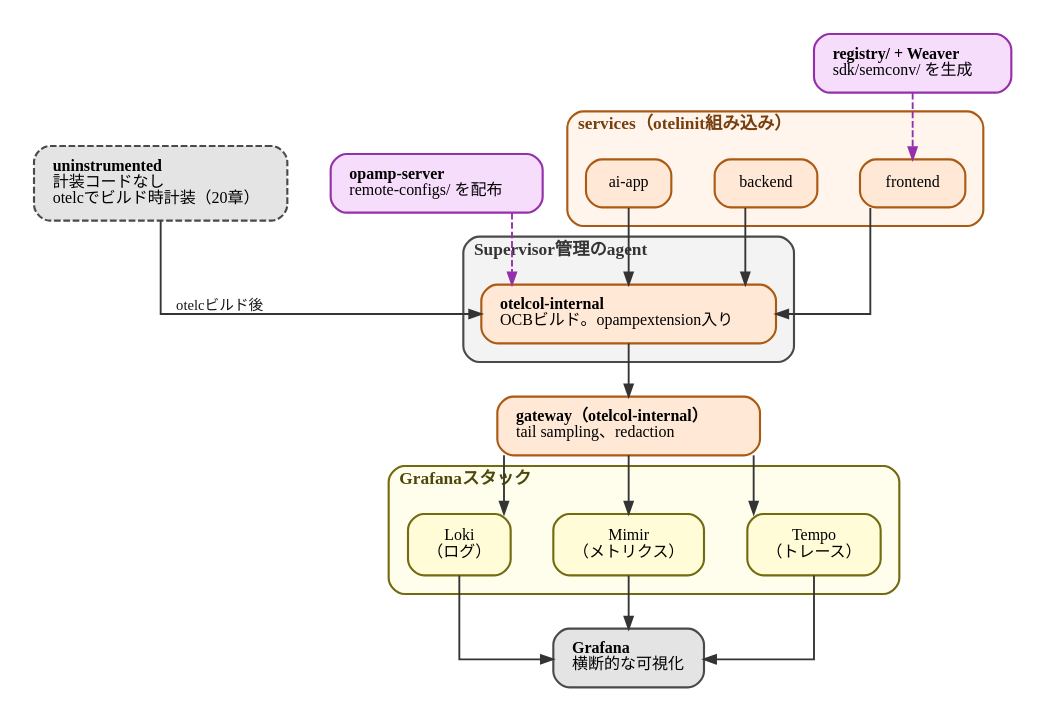
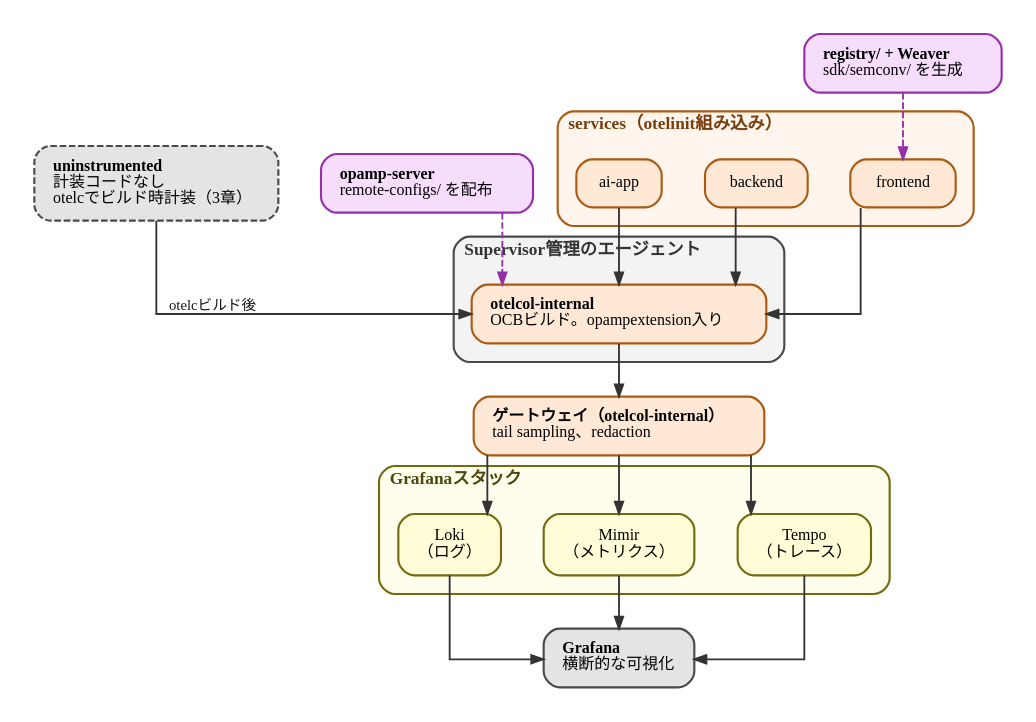
Before and after one commit to ymotongpoo/zenn.dev: the diagram in diagrams/observability-platform-with-otel/20260926-blueprint-overview.dot, drawn with Graphviz. The commit also changed 27 other files, not shown here.

```diff
--- a/diagrams/observability-platform-with-otel/20260926-blueprint-overview.dot
+++ b/diagrams/observability-platform-with-otel/20260926-blueprint-overview.dot
@@ -1,70 +1,70 @@
 // リファレンス実装 otel-platform-blueprint の全体構成
 digraph blueprint_overview {
   graph [
     fontname="IBM Plex Sans JP", fontsize=13,
     rankdir=TB, compound=true, splines=ortho,
     nodesep=0.45, ranksep=0.55, pad=0.25,
     bgcolor="white", newrank=true
   ];
   node [
     fontname="IBM Plex Sans JP", fontsize=12,
     shape=box, style="rounded,filled",
     fillcolor="#E4E4E4", color="#4A4A4A", penwidth=1.6,
     margin="0.2,0.14"
   ];
   edge [
     fontname="IBM Plex Sans JP", fontsize=11,
     color="#343434", penwidth=1.4, arrowsize=0.9,
     fontcolor="#171717"
   ];
 
   subgraph cluster_services {
     label=<<b>services（otelinit組み込み）</b>>;
     labeljust="l"; style="rounded"; penwidth=1.6;
     color="#AB5A13"; bgcolor="#FFF5ED"; fontcolor="#783F0E"; margin=14;
     frontend [label="frontend", fillcolor="#FFE9D6", color="#AB5A13"];
     backendsvc [label="backend", fillcolor="#FFE9D6", color="#AB5A13"];
     aiapp [label="ai-app", fillcolor="#FFE9D6", color="#AB5A13"];
   }
 
-  uninstr [label=<<b>uninstrumented</b><br align="left"/>計装コードなし<br align="left"/>otelcでビルド時計装（20章）<br align="left"/>>, style="rounded,filled,dashed", fillcolor="#E4E4E4", color="#4A4A4A"];
+  uninstr [label=<<b>uninstrumented</b><br align="left"/>計装コードなし<br align="left"/>otelcでビルド時計装（3章）<br align="left"/>>, style="rounded,filled,dashed", fillcolor="#E4E4E4", color="#4A4A4A"];
 
   subgraph cluster_agent {
-    label=<<b>Supervisor管理のagent</b>>;
+    label=<<b>Supervisor管理のエージェント</b>>;
     labeljust="l"; style="rounded"; penwidth=1.6;
     color="#4A4A4A"; bgcolor="#F3F3F3"; fontcolor="#343434"; margin=14;
     agent [label=<<b>otelcol-internal</b><br align="left"/>OCBビルド。opampextension入り<br align="left"/>>, fillcolor="#FFE9D6", color="#AB5A13"];
   }
 
   opamp [label=<<b>opamp-server</b><br align="left"/>remote-configs/ を配布<br align="left"/>>, fillcolor="#F7DDFC", color="#9430A9"];
-  gateway [label=<<b>gateway（otelcol-internal）</b><br align="left"/>tail sampling、redaction<br align="left"/>>, fillcolor="#FFE9D6", color="#AB5A13"];
+  gateway [label=<<b>ゲートウェイ（otelcol-internal）</b><br align="left"/>tail sampling、redaction<br align="left"/>>, fillcolor="#FFE9D6", color="#AB5A13"];
 
   subgraph cluster_backend {
     label=<<b>Grafanaスタック</b>>;
     labeljust="l"; style="rounded"; penwidth=1.6;
     color="#736B10"; bgcolor="#FFFEED"; fontcolor="#4D470B"; margin=14;
     tempo [label="Tempo\n（トレース）", fillcolor="#FFFCD7", color="#736B10"];
     mimir [label="Mimir\n（メトリクス）", fillcolor="#FFFCD7", color="#736B10"];
     loki [label="Loki\n（ログ）", fillcolor="#FFFCD7", color="#736B10"];
   }
 
   grafana [label=<<b>Grafana</b><br align="left"/>横断的な可視化<br align="left"/>>];
   weaverreg [label=<<b>registry/ + Weaver</b><br align="left"/>sdk/semconv/ を生成<br align="left"/>>, fillcolor="#F7DDFC", color="#9430A9"];
 
   frontend -> agent;
   backendsvc -> agent;
   aiapp -> agent;
   uninstr -> agent [xlabel=" otelcビルド後"];
   agent -> gateway;
   gateway -> tempo;
   gateway -> mimir;
   gateway -> loki;
   tempo -> grafana;
   mimir -> grafana;
   loki -> grafana;
 
   // 点線の意味（設定と生成物の配布先）はキャプションが述べている。
   // ラベルを置くとクラスタの枠線や矢印の線に乗る。
   opamp -> agent [style=dashed, color="#9430A9", fontcolor="#6A2278"];
   weaverreg -> frontend [style=dashed, color="#9430A9", fontcolor="#6A2278"];
 }
```
